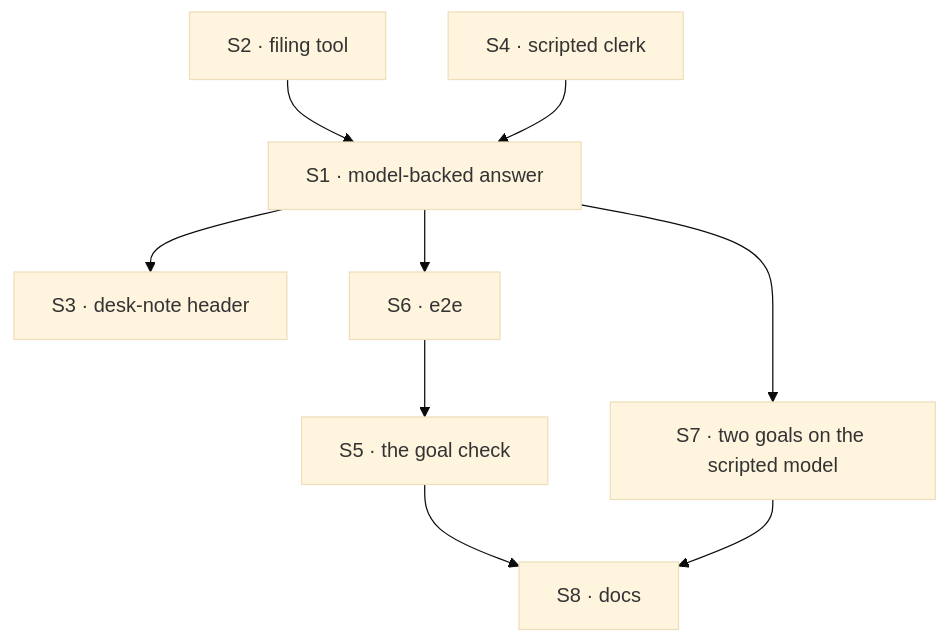
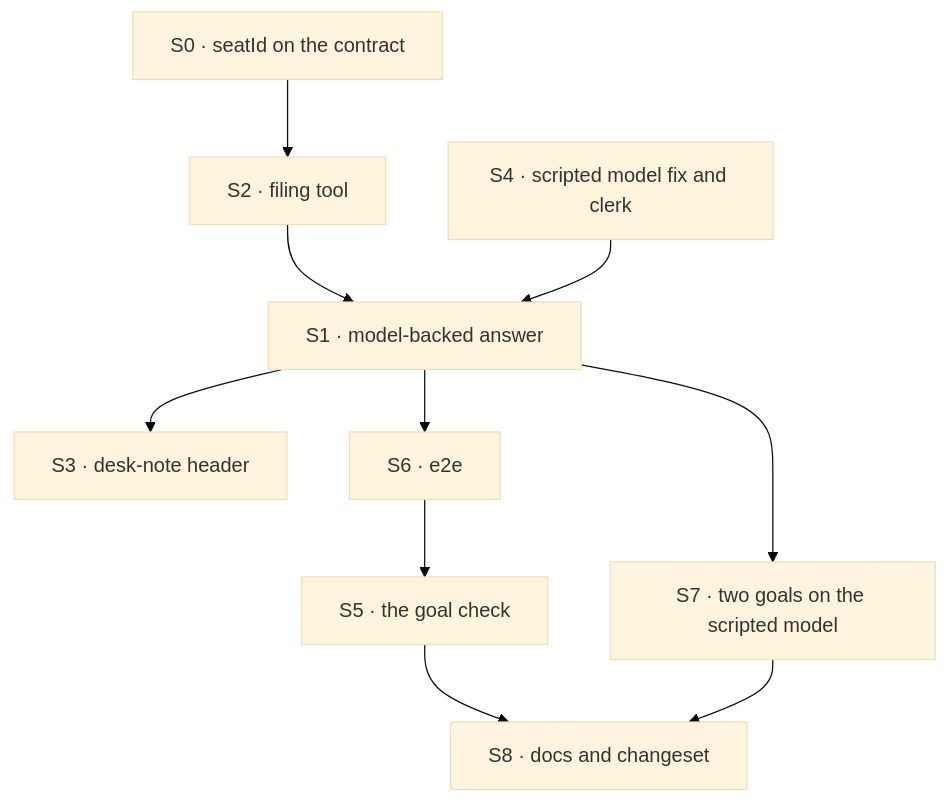
One commit to fixpoint-labs/flow-state-dev changed the diagram in specs/issues/FIX-1589/PLAN.md. Above: the diagram before and after it, drawn with Mermaid (base theme). The commit also changed other lines of this file and 6 other files, not shown here.

First line of the commit message:
spec(FIX-1589): seatId on the worker contract, in-process filing, narrowed files-alone scan

````diff
--- a/specs/issues/FIX-1589/PLAN.md
+++ b/specs/issues/FIX-1589/PLAN.md
@@ -25,11 +26,12 @@
 ```mermaid
 flowchart TD
-  S2["S2 · filing tool"] --> S1["S1 · model-backed answer"]
-  S4["S4 · scripted clerk"] --> S1
+  S0["S0 · seatId on the contract"] --> S2["S2 · filing tool"]
+  S2 --> S1["S1 · model-backed answer"]
+  S4["S4 · scripted model fix and clerk"] --> S1
   S1 --> S3["S3 · desk-note header"]
   S1 --> S7["S7 · two goals on the scripted model"]
   S1 --> S6["S6 · e2e"]
   S6 --> S5["S5 · the goal check"]
-  S5 --> S8["S8 · docs"]
+  S5 --> S8["S8 · docs and changeset"]
   S7 --> S8
 ```
````
